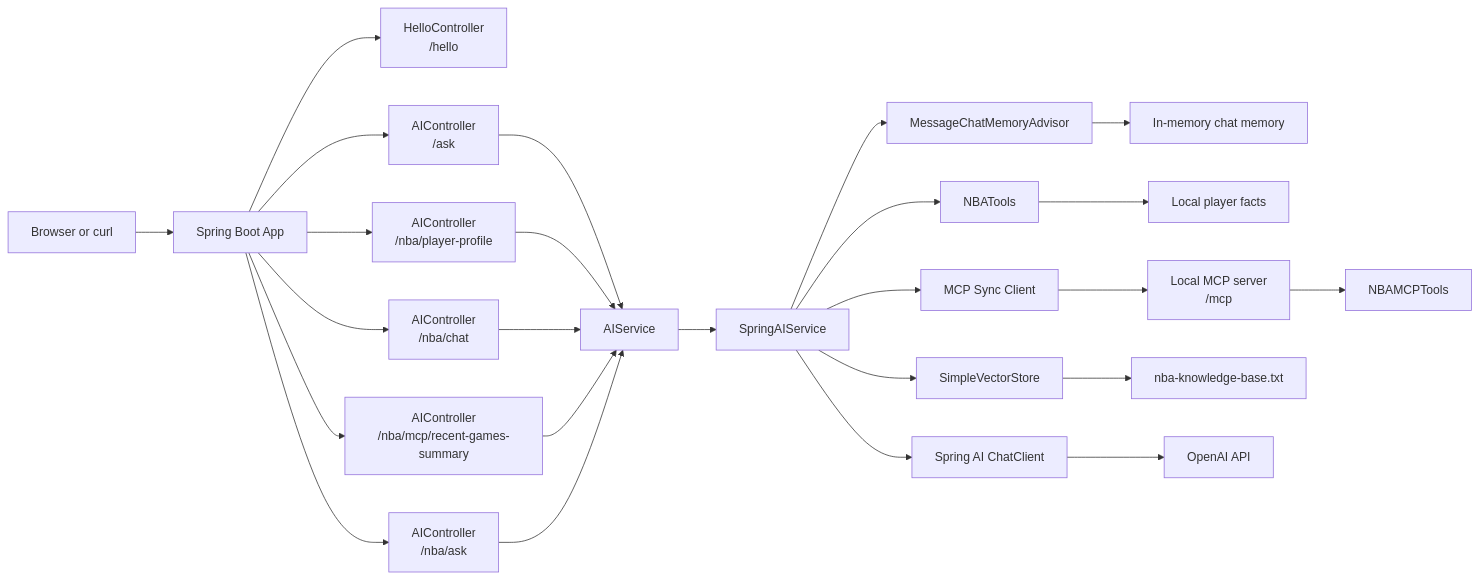
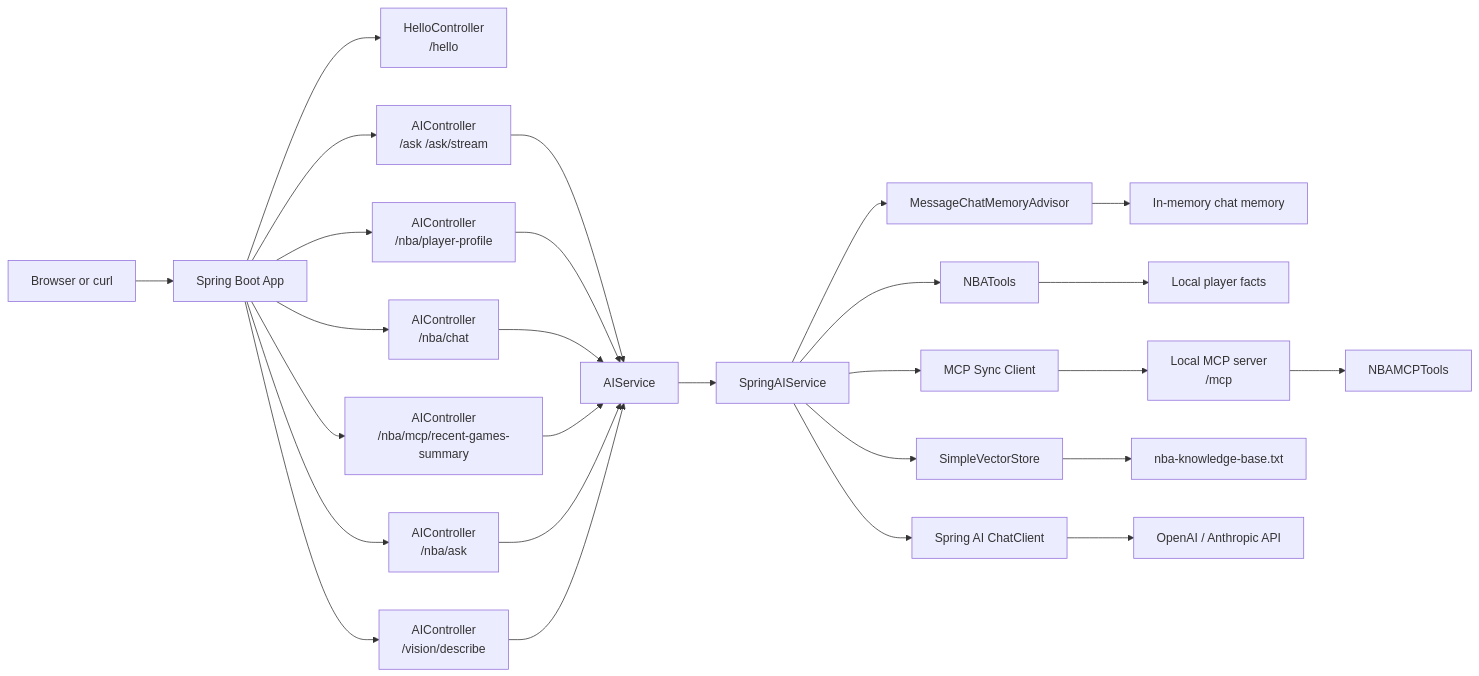
One commit to venkykumar/springai-starter changed the diagram in README.md. Above: the diagram before and after it, drawn with Mermaid. The commit also changed other lines of this file, not shown here.

````diff
--- a/README.md
+++ b/README.md
@@ -356,27 +372,29 @@
 ```mermaid
 flowchart LR
     A[Browser or curl] --> B[Spring Boot App]
     B --> C[HelloController<br>/hello]
-    B --> D[AIController<br>/ask]
+    B --> D[AIController<br>/ask /ask/stream]
     B --> I[AIController<br>/nba/player-profile]
     B --> J[AIController<br>/nba/chat]
     B --> O[AIController<br>/nba/mcp/recent-games-summary]
     B --> S[AIController<br>/nba/ask]
+    B --> V[AIController<br>/vision/describe]
     D --> E[AIService]
     I --> E
     J --> E
     O --> E
     S --> E
+    V --> E
     E --> F[SpringAIService]
     F --> K[MessageChatMemoryAdvisor]
     K --> L[In-memory chat memory]
     F --> M[NBATools]
     M --> N[Local player facts]
     F --> P[MCP Sync Client]
     P --> Q[Local MCP server<br>/mcp]
     Q --> R[NBAMCPTools]
     F --> T[SimpleVectorStore]
     T --> U[nba-knowledge-base.txt]
     F --> G[Spring AI ChatClient]
-    G --> H[OpenAI API]
+    G --> H[OpenAI / Anthropic API]
 ```
````
